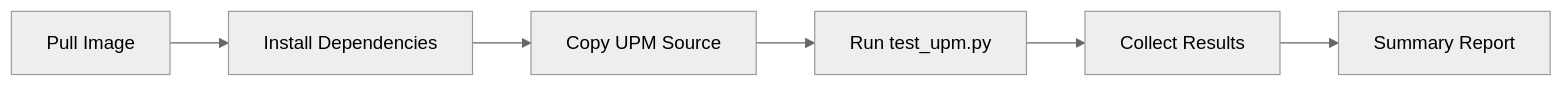
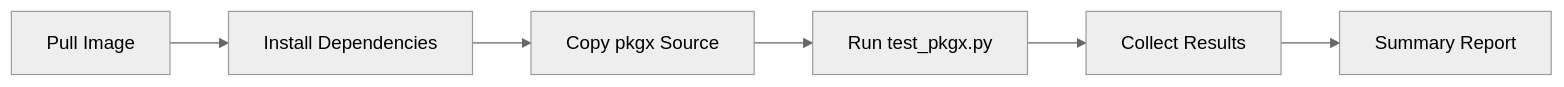
Before and after one commit to udkyo/pkgx: the diagram in TESTING.md, drawn with Mermaid (neutral theme). The commit also changed other lines of this file and 12 other files, not shown here.

````diff
--- a/TESTING.md
+++ b/TESTING.md
@@ -146,8 +146,8 @@
 ```mermaid
 graph LR
     A[Pull Image] --> B[Install Dependencies]
-    B --> C[Copy UPM Source]
-    C --> D[Run test_upm.py]
+    B --> C[Copy pkgx Source]
+    C --> D[Run test_pkgx.py]
     D --> E[Collect Results]
     E --> F[Summary Report]
 ```
````
